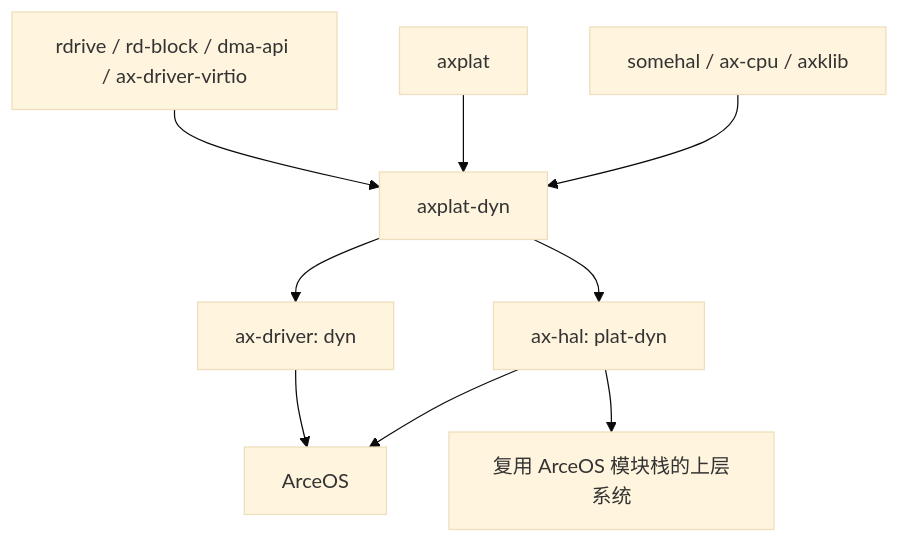
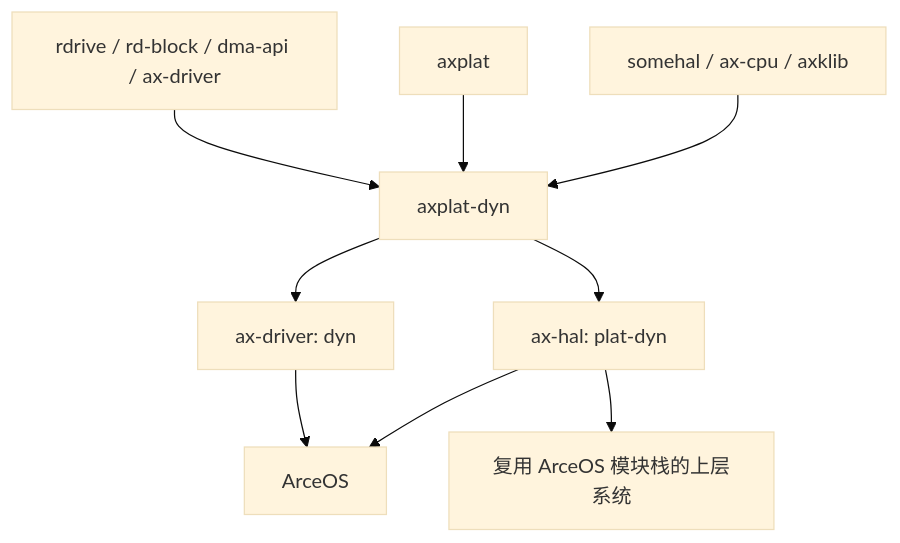
Before and after one commit to rcore-os/tgoskits: the third of 3 diagrams in docs/docs/components/crates/axplat-dyn.md, drawn with Mermaid (base theme). The commit also changed other lines of this file and 90 other files, not shown here.

````diff
--- a/docs/docs/components/crates/axplat-dyn.md
+++ b/docs/docs/components/crates/axplat-dyn.md
@@ -213,13 +212,13 @@
 ```mermaid
 graph TD
     A[somehal / ax-cpu / axklib] --> B[axplat-dyn]
     C[axplat] --> B
-    D[rdrive / rd-block / dma-api / ax-driver-virtio] --> B
+    D[rdrive / rd-block / dma-api / ax-driver] --> B
 
     B --> E[ax-hal: plat-dyn]
     B --> F[ax-driver: dyn]
 
     E --> G[ArceOS]
     F --> G
     E --> H[复用 ArceOS 模块栈的上层系统]
 ```
````
